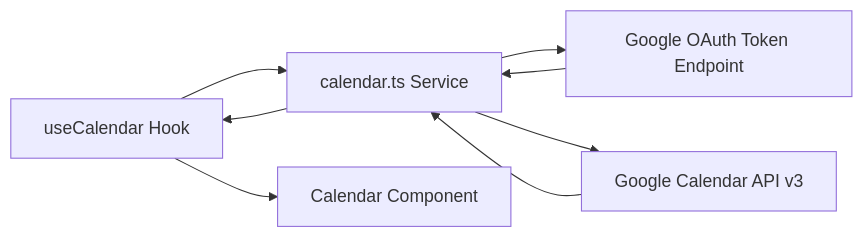
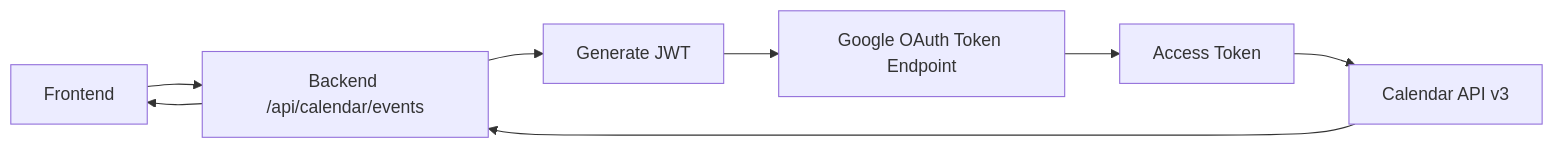
One commit to espenr/kiosk-app changed the first of 2 diagrams in docs/architecture/widget-calendar.md. Above: the diagram before and after it, drawn with Mermaid. The commit also changed other lines of this file and 8 other files, not shown here.

First line of the commit message:
Fix calendar service account authentication and remove OAuth references

````diff
--- a/docs/architecture/widget-calendar.md
+++ b/docs/architecture/widget-calendar.md
@@ -19,10 +20,10 @@
 ```mermaid
 flowchart LR
-    A[useCalendar Hook] --> B[calendar.ts Service]
-    B --> C[Google OAuth Token Endpoint]
-    B --> D[Google Calendar API v3]
-    C --> B
-    D --> B
+    A[Frontend] --> B[Backend /api/calendar/events]
+    B --> C[Generate JWT]
+    C --> D[Google OAuth Token Endpoint]
+    D --> E[Access Token]
+    E --> F[Calendar API v3]
+    F --> B
     B --> A
-    A --> E[Calendar Component]
 ```
````
